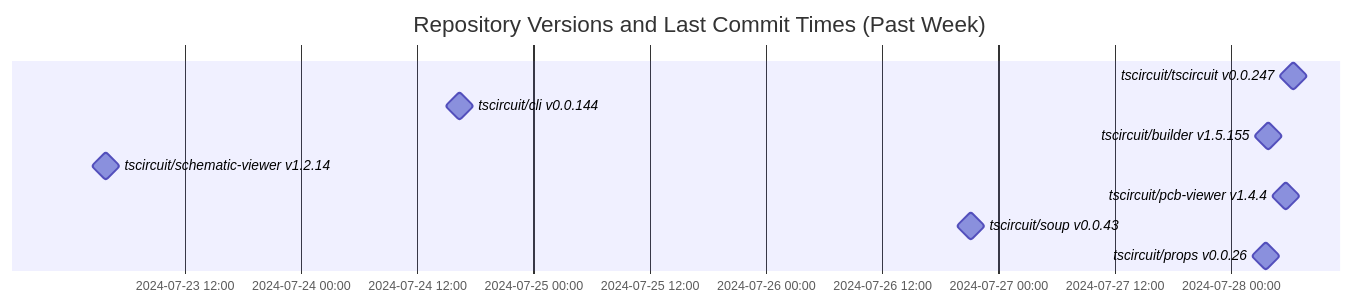
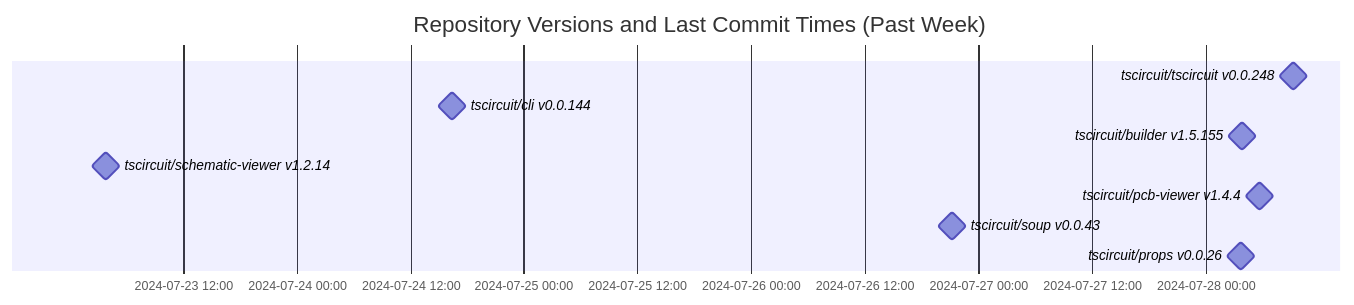
The diagram in README.md (tscircuit/version-tracker), drawn with Mermaid before and after one commit.

Commit message:
Update chart

````diff
--- a/README.md
+++ b/README.md
@@ -1,14 +1,14 @@
 ```mermaid
 gantt
   dateFormat  YYYY-MM-DD HH:mm:ss
   title Repository Versions and Last Commit Times (Past Week)
   axisFormat %Y-%m-%d %H:%M
 
-  tscircuit/tscircuit v0.0.247 : milestone, 2024-07-28 06:30:01, 1s
+  tscircuit/tscircuit v0.0.248 : milestone, 2024-07-28 09:16:37, 1s
   tscircuit/cli v0.0.144 : milestone, 2024-07-24 16:24:13, 1s
   tscircuit/builder v1.5.155 : milestone, 2024-07-28 03:53:14, 1s
   tscircuit/schematic-viewer v1.2.14 : milestone, 2024-07-23 03:50:56, 1s
   tscircuit/pcb-viewer v1.4.4 : milestone, 2024-07-28 05:46:25, 1s
   tscircuit/soup v0.0.43 : milestone, 2024-07-26 21:15:18, 1s
   tscircuit/props v0.0.26 : milestone, 2024-07-28 03:42:14, 1s
 ```
````
